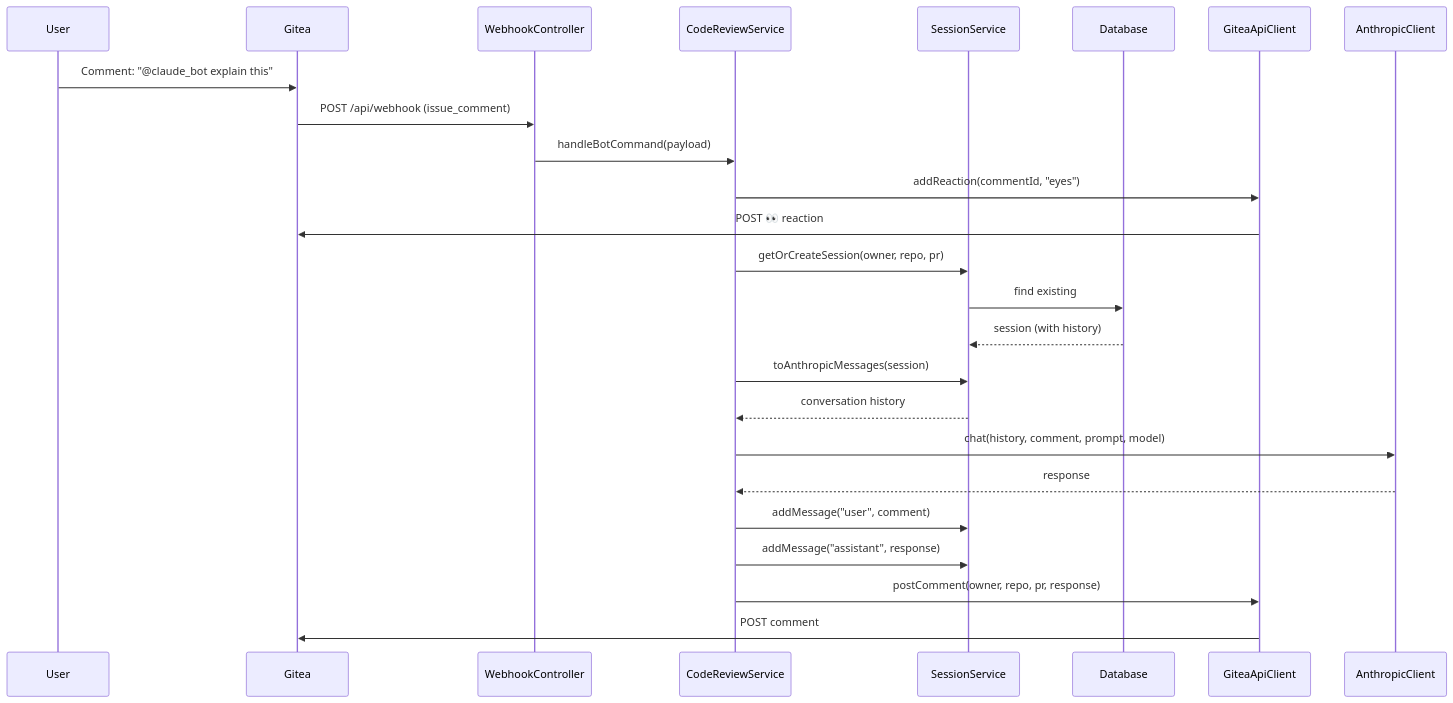
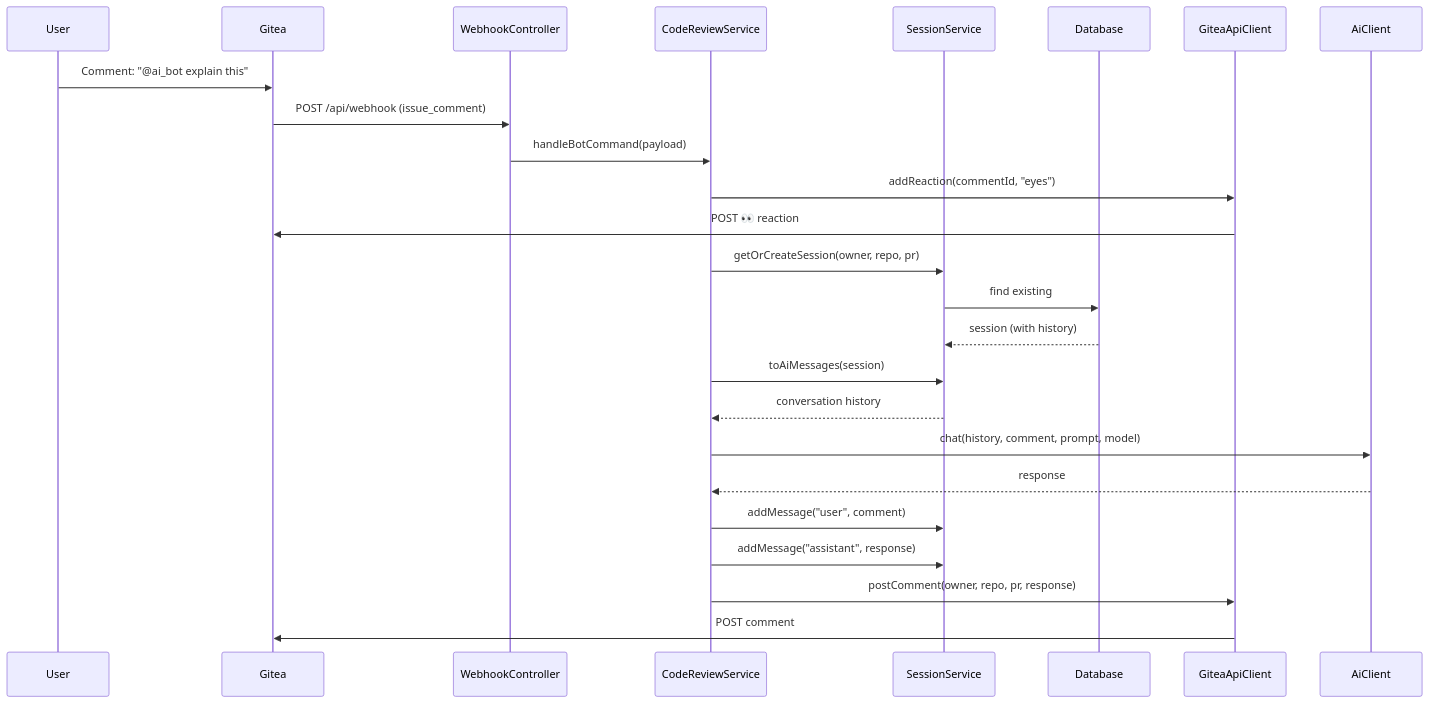
The fifth of 12 diagrams in doc/ARCHITECTURE.md (tmseidel/ai-gitea-bot), drawn with Mermaid before and after one commit. The commit also changed other lines of this file and 11 other files, not shown here.

````diff
--- a/doc/ARCHITECTURE.md
+++ b/doc/ARCHITECTURE.md
@@ -231,28 +293,28 @@
 ```mermaid
 sequenceDiagram
     participant User
     participant Gitea
     participant Controller as WebhookController
     participant Review as CodeReviewService
     participant Session as SessionService
     participant DB as Database
     participant GiteaAPI as GiteaApiClient
-    participant Claude as AnthropicClient
+    participant AI as AiClient
 
-    User->>Gitea: Comment: "@claude_bot explain this"
+    User->>Gitea: Comment: "@ai_bot explain this"
     Gitea->>Controller: POST /api/webhook (issue_comment)
     Controller->>Review: handleBotCommand(payload)
     Review->>GiteaAPI: addReaction(commentId, "eyes")
     GiteaAPI->>Gitea: POST 👀 reaction
     Review->>Session: getOrCreateSession(owner, repo, pr)
     Session->>DB: find existing
     DB-->>Session: session (with history)
-    Review->>Session: toAnthropicMessages(session)
+    Review->>Session: toAiMessages(session)
     Session-->>Review: conversation history
-    Review->>Claude: chat(history, comment, prompt, model)
-    Claude-->>Review: response
+    Review->>AI: chat(history, comment, prompt, model)
+    AI-->>Review: response
     Review->>Session: addMessage("user", comment)
     Review->>Session: addMessage("assistant", response)
     Review->>GiteaAPI: postComment(owner, repo, pr, response)
     GiteaAPI->>Gitea: POST comment
 ```
````
